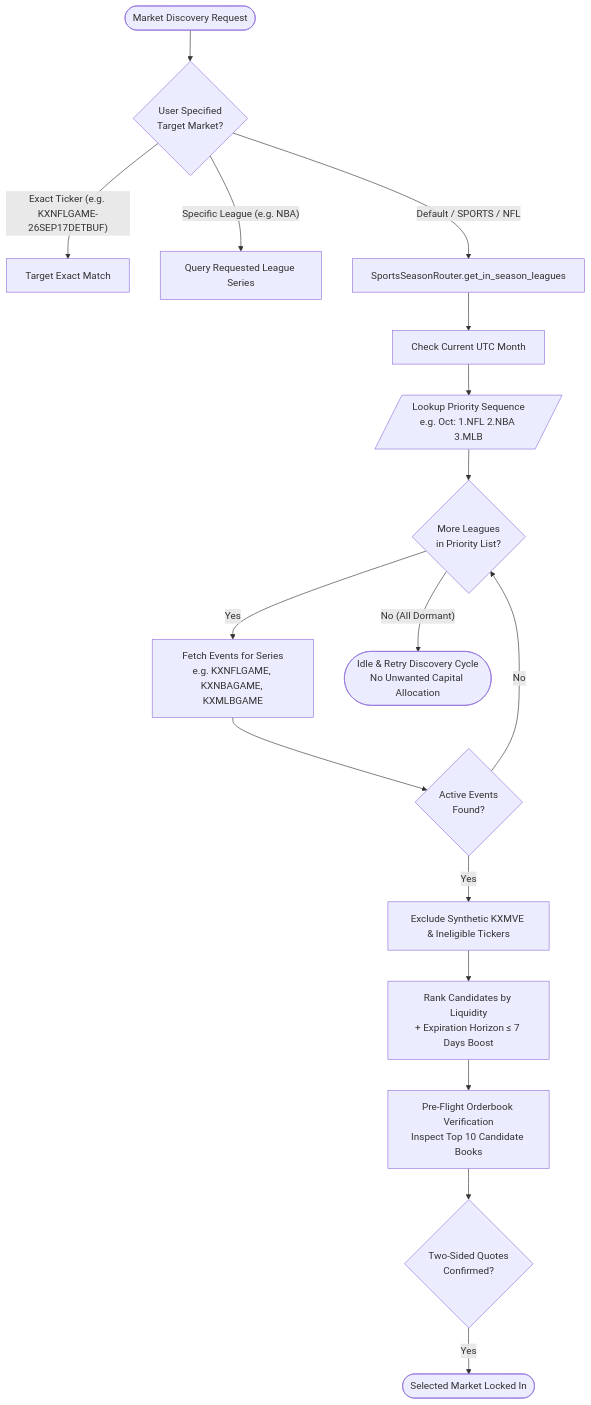
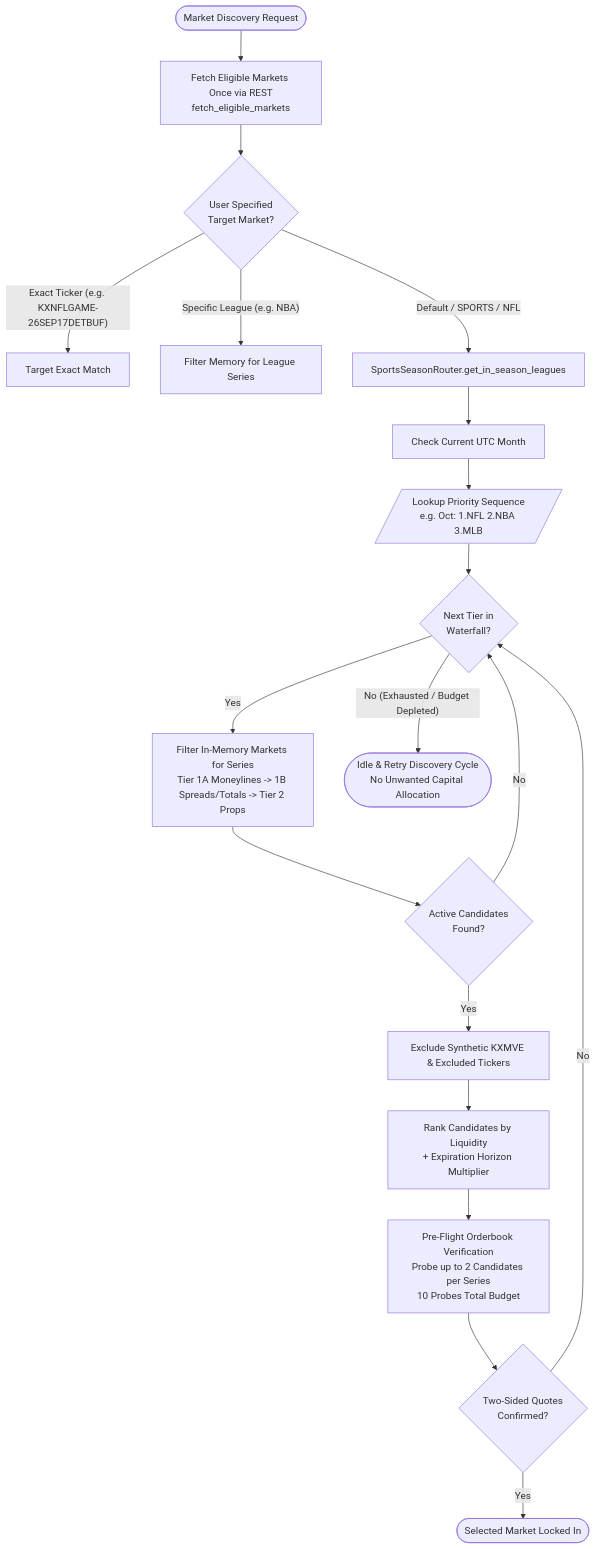
Before and after one commit to kel-reid/Kalshi-Trading-Bot: the diagram in docs/SPORTS_SEASON_ROUTER.md, drawn with Mermaid. The commit also changed other lines of this file and 3 other files, not shown here.

Commit message:
fix(discovery,docs,tests): align live sports series tickers, metrics docs, and router spec

````diff
--- a/docs/SPORTS_SEASON_ROUTER.md
+++ b/docs/SPORTS_SEASON_ROUTER.md
@@ -51,26 +51,28 @@
 ```mermaid
 flowchart TD
-    Start([Market Discovery Request]) --> RouteCheck{User Specified<br>Target Market?}
+    Start([Market Discovery Request]) --> FetchMarkets[Fetch Eligible Markets Once via REST<br>fetch_eligible_markets]
+    FetchMarkets --> RouteCheck{User Specified<br>Target Market?}
     
     RouteCheck -- "Exact Ticker (e.g. KXNFLGAME-26SEP17DETBUF)" --> Exact[Target Exact Match]
-    RouteCheck -- "Specific League (e.g. NBA)" --> ManualOverride[Query Requested League Series]
+    RouteCheck -- "Specific League (e.g. NBA)" --> ManualOverride[Filter Memory for League Series]
     RouteCheck -- "Default / SPORTS / NFL" --> Router[SportsSeasonRouter.get_in_season_leagues]
 
     Router --> CheckDate[Check Current UTC Month]
     CheckDate --> Matrix[/Lookup Priority Sequence<br>e.g. Oct: 1.NFL 2.NBA 3.MLB/]
 
-    Matrix --> NextLeague{More Leagues<br>in Priority List?}
-    NextLeague -- Yes --> QuerySeries[Fetch Events for Series<br>e.g. KXNFLGAME, KXNBAGAME, KXMLBGAME]
+    Matrix --> NextTier{Next Tier in<br>Waterfall?}
+    NextTier -- Yes --> FilterSeries[Filter In-Memory Markets for Series<br>Tier 1A Moneylines -> 1B Spreads/Totals -> Tier 2 Props]
     
-    QuerySeries --> HasEvents{Active Events<br>Found?}
-    HasEvents -- No --> NextLeague
+    FilterSeries --> HasCandidates{Active Candidates<br>Found?}
+    HasCandidates -- No --> NextTier
     
-    HasEvents -- Yes --> FilterOut[Exclude Synthetic KXMVE & Ineligible Tickers]
-    FilterOut --> HorizonRank[Rank Candidates by Liquidity<br>+ Expiration Horizon ≤ 7 Days Boost]
+    HasCandidates -- Yes --> ExcludeIneligible[Exclude Synthetic KXMVE & Excluded Tickers]
+    ExcludeIneligible --> HorizonRank[Rank Candidates by Liquidity<br>+ Expiration Horizon Multiplier]
     
-    HorizonRank --> PreFlight[Pre-Flight Orderbook Verification<br>Inspect Top 10 Candidate Books]
+    HorizonRank --> PreFlight[Pre-Flight Orderbook Verification<br>Probe up to 2 Candidates per Series<br>10 Probes Total Budget]
     
     PreFlight --> HasTwoSidedQuotes{Two-Sided Quotes<br>Confirmed?}
     HasTwoSidedQuotes -- Yes --> SelectedMarket([Selected Market Locked In])
-    NextLeague -- No (All Dormant) --> IdleRetry([Idle & Retry Discovery Cycle<br>No Unwanted Capital Allocation])
+    HasTwoSidedQuotes -- No --> NextTier
+    NextTier -- No (Exhausted / Budget Depleted) --> IdleRetry([Idle & Retry Discovery Cycle<br>No Unwanted Capital Allocation])
 ```
````
